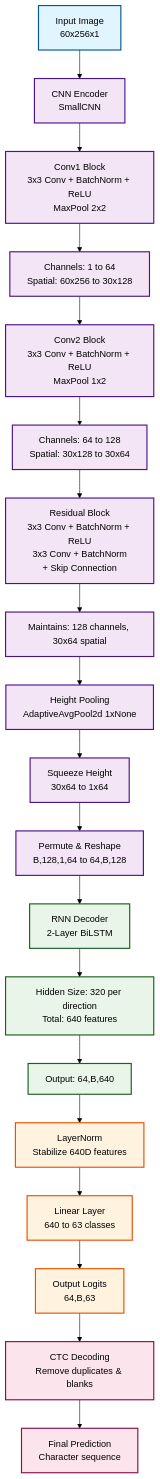
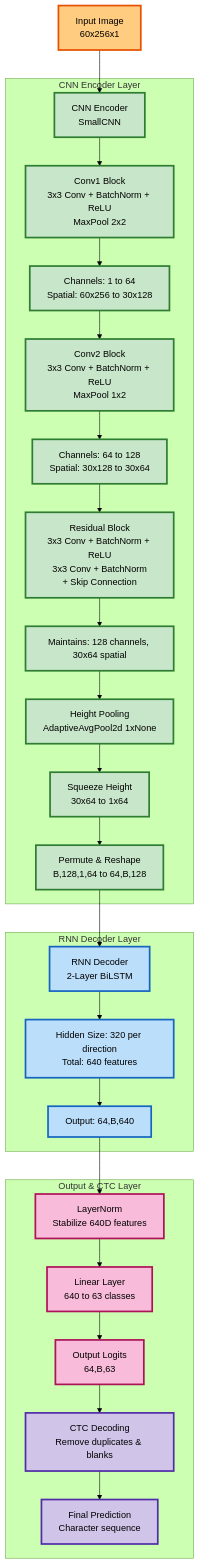
One commit to mohakapoor/CaptchaOCR changed the diagram in README.md. Above: the diagram before and after it, drawn with Mermaid (forest theme). The commit also changed other lines of this file, not shown here.

````diff
--- a/README.md
+++ b/README.md
@@ -147,47 +137,52 @@
 ```mermaid
 graph TD
     %% Input Layer
     A[Input Image<br/>60x256x1] --> B[CNN Encoder<br/>SmallCNN]
     
-    %% CNN Encoder Details
-    B --> C[Conv1 Block<br/>3x3 Conv + BatchNorm + ReLU<br/>MaxPool 2x2]
-    C --> D[Channels: 1 to 64<br/>Spatial: 60x256 to 30x128]
+    %% CNN Subgraph - Top to Bottom
+    subgraph CNN ["CNN Encoder Layer"]
+        B --> C[Conv1 Block<br/>3x3 Conv + BatchNorm + ReLU<br/>MaxPool 2x2]
+        C --> D[Channels: 1 to 64<br/>Spatial: 60x256 to 30x128]
+        
+        D --> E[Conv2 Block<br/>3x3 Conv + BatchNorm + ReLU<br/>MaxPool 1x2]
+        E --> F[Channels: 64 to 128<br/>Spatial: 30x128 to 30x64]
+        
+        F --> G[Residual Block<br/>3x3 Conv + BatchNorm + ReLU<br/>3x3 Conv + BatchNorm<br/>+ Skip Connection]
+        G --> H[Maintains: 128 channels, 30x64 spatial]
+        
+        H --> I[Height Pooling<br/>AdaptiveAvgPool2d 1xNone]
+        I --> J[Squeeze Height<br/>30x64 to 1x64]
+        
+        J --> K[Permute & Reshape<br/>B,128,1,64 to 64,B,128]
+    end
     
-    D --> E[Conv2 Block<br/>3x3 Conv + BatchNorm + ReLU<br/>MaxPool 1x2]
-    E --> F[Channels: 64 to 128<br/>Spatial: 30x128 to 30x64]
+    %% RNN Subgraph - Top to Bottom
+    subgraph RNN ["RNN Decoder Layer"]
+        K --> L[RNN Decoder<br/>2-Layer BiLSTM]
+        L --> M[Hidden Size: 320 per direction<br/>Total: 640 features]
+        M --> N[Output: 64,B,640]
+    end
     
-    F --> G[Residual Block<br/>3x3 Conv + BatchNorm + ReLU<br/>3x3 Conv + BatchNorm<br/>+ Skip Connection]
-    G --> H[Maintains: 128 channels, 30x64 spatial]
+    %% Output Subgraph - Top to Bottom
+    subgraph OUTPUT ["Output & CTC Layer"]
+        N --> O[LayerNorm<br/>Stabilize 640D features]
+        O --> P[Linear Layer<br/>640 to 63 classes]
+        P --> Q[Output Logits<br/>64,B,63]
+        
+        Q --> R[CTC Decoding<br/>Remove duplicates & blanks]
+        R --> S[Final Prediction<br/>Character sequence]
+    end
     
-    H --> I[Height Pooling<br/>AdaptiveAvgPool2d 1xNone]
-    I --> J[Squeeze Height<br/>30x64 to 1x64]
-    
-    J --> K[Permute & Reshape<br/>B,128,1,64 to 64,B,128]
-    
-    %% RNN Decoder
-    K --> L[RNN Decoder<br/>2-Layer BiLSTM]
-    L --> M[Hidden Size: 320 per direction<br/>Total: 640 features]
-    M --> N[Output: 64,B,640]
-    
-    %% Output Layer
-    N --> O[LayerNorm<br/>Stabilize 640D features]
-    O --> P[Linear Layer<br/>640 to 63 classes]
-    P --> Q[Output Logits<br/>64,B,63]
-    
-    %% CTC Processing
-    Q --> R[CTC Decoding<br/>Remove duplicates & blanks]
-    R --> S[Final Prediction<br/>Character sequence]
-    
-    %% Styling
-    classDef inputLayer fill:#e1f5fe,stroke:#01579b,stroke-width:2px
-    classDef cnnLayer fill:#f3e5f5,stroke:#4a148c,stroke-width:2px
-    classDef rnnLayer fill:#e8f5e8,stroke:#1b5e20,stroke-width:2px
-    classDef outputLayer fill:#fff3e0,stroke:#e65100,stroke-width:2px
-    classDef ctcLayer fill:#fce4ec,stroke:#880e4f,stroke-width:2px
+    %% Styling - Darker colors with black text
+    classDef inputLayer fill:#ffcc80,stroke:#e65100,stroke-width:3px,color:#000000
+    classDef cnnLayer fill:#c8e6c9,stroke:#2e7d32,stroke-width:3px,color:#000000
+    classDef rnnLayer fill:#bbdefb,stroke:#1565c0,stroke-width:3px,color:#000000
+    classDef outputLayer fill:#f8bbd9,stroke:#ad1457,stroke-width:3px,color:#000000
+    classDef ctcLayer fill:#d1c4e9,stroke:#512da8,stroke-width:3px,color:#000000
     
     class A inputLayer
     class B,C,D,E,F,G,H,I,J,K cnnLayer
     class L,M,N rnnLayer
     class O,P,Q outputLayer
     class R,S ctcLayer
 ```
````
